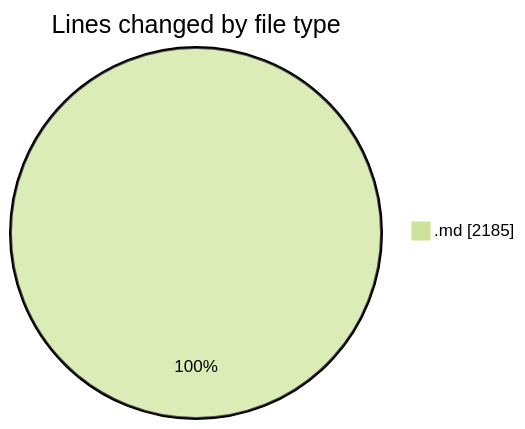
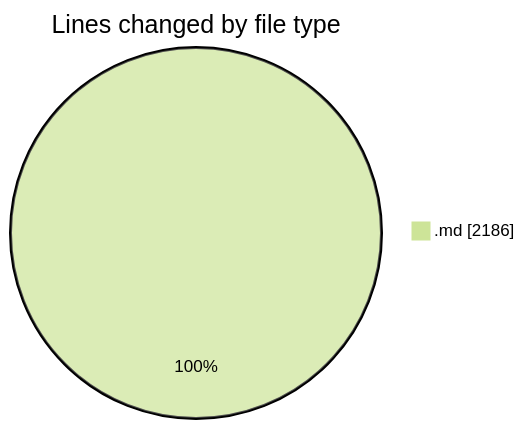
The first of 2 diagrams in 2025-07-09/urlwebwala_intership_work/README.md (Ritupan-Deka/code-tracking), drawn with Mermaid (forest theme) before and after one commit. The commit also changed other lines of this file and 1 other file, not shown here.

````diff
--- a/2025-07-09/urlwebwala_intership_work/README.md
+++ b/2025-07-09/urlwebwala_intership_work/README.md
@@ -20,5 +20,5 @@
 ```mermaid
 pie showData
 title Lines changed by file type
-".md" : 2185
+".md" : 2186
 ```
````
